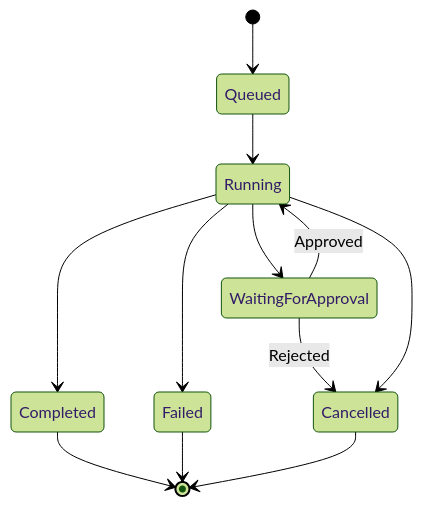
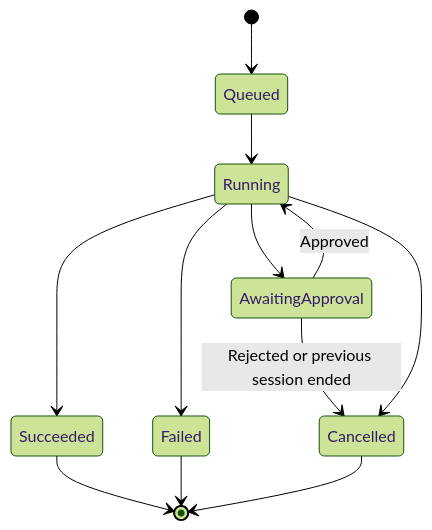
The third of 5 diagrams in docs/architecture.md (viamus/DoxieOS), drawn with Mermaid (forest theme) before and after one commit. The commit also changed other lines of this file and 349 other files, not shown here.

````diff
--- a/docs/architecture.md
+++ b/docs/architecture.md
@@ -61,14 +63,14 @@
 ```mermaid
 stateDiagram-v2
     [*] --> Queued
     Queued --> Running
-    Running --> WaitingForApproval
-    WaitingForApproval --> Running: Approved
-    WaitingForApproval --> Cancelled: Rejected
-    Running --> Completed
+    Running --> AwaitingApproval
+    AwaitingApproval --> Running: Approved
+    AwaitingApproval --> Cancelled: Rejected or previous session ended
+    Running --> Succeeded
     Running --> Failed
     Running --> Cancelled
-    Completed --> [*]
+    Succeeded --> [*]
     Failed --> [*]
     Cancelled --> [*]
 ```
````
